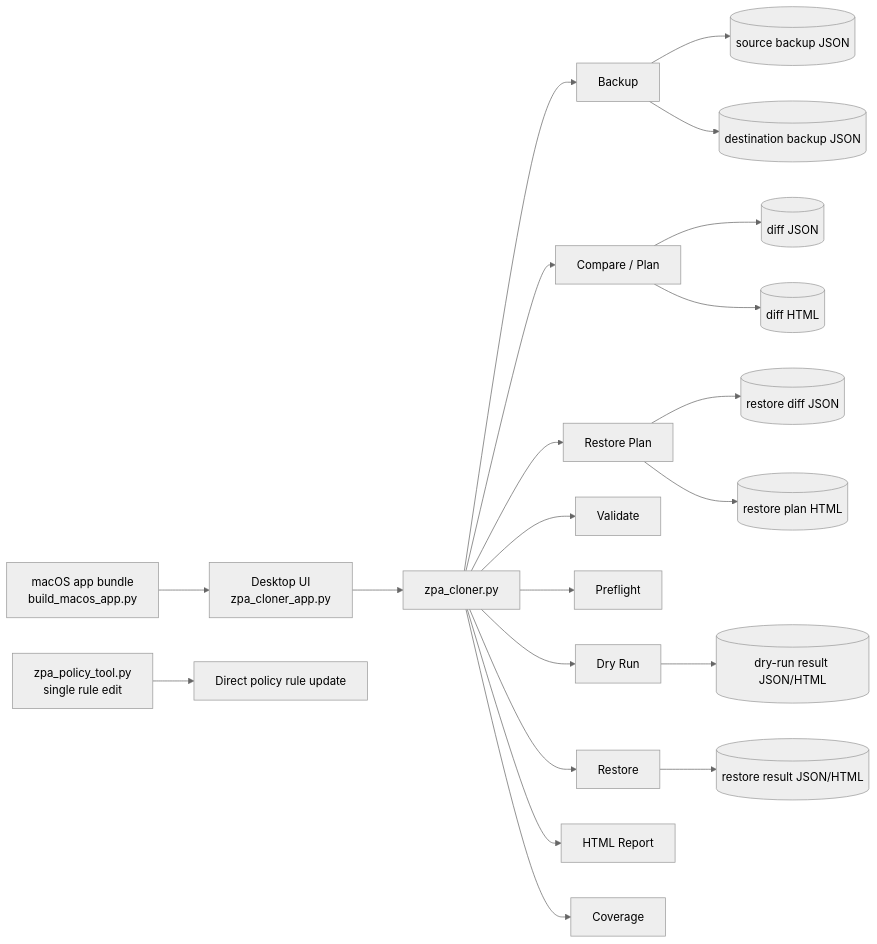
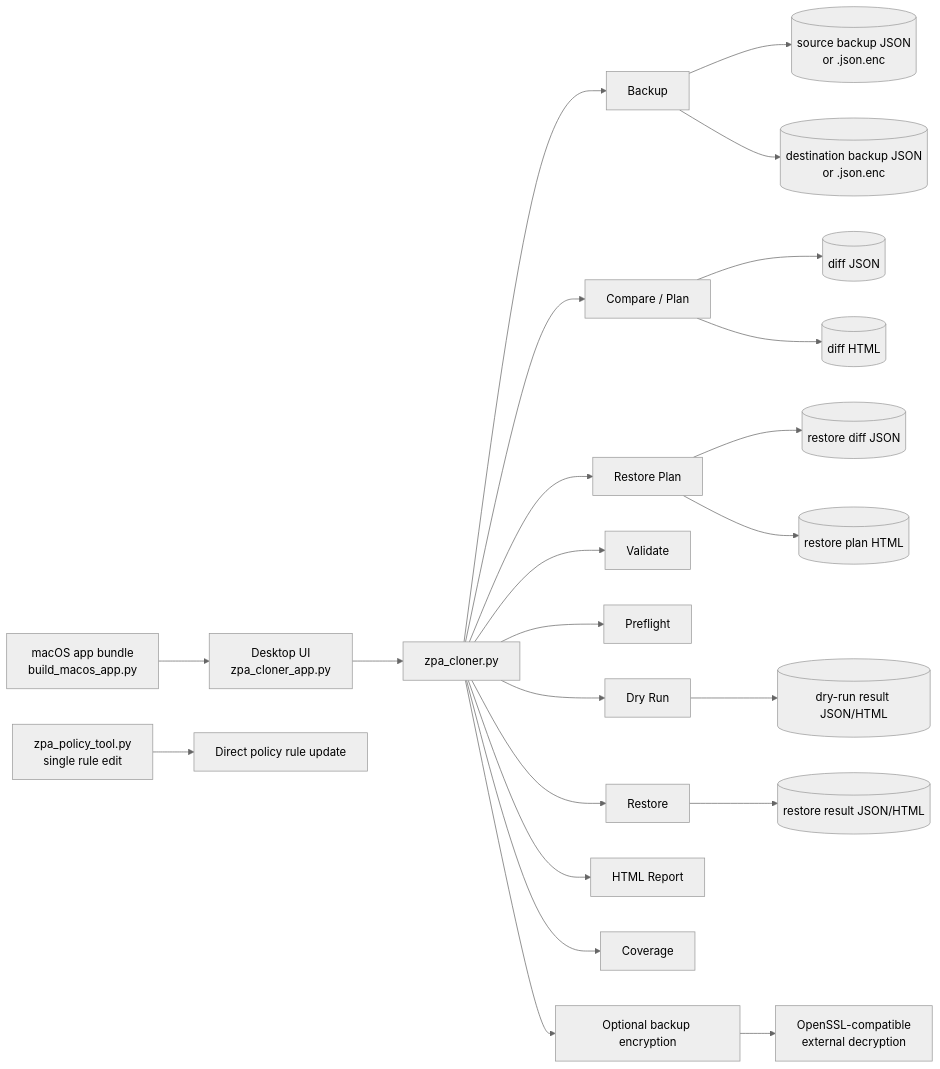
The first of 12 diagrams in docs/PROCESS.md (EggertsIT/ZPA-BackupNrestore), drawn with Mermaid (neutral theme) before and after one commit. The commit also changed other lines of this file and 1 other file, not shown here.

Commit message:
Document encrypted backup process

````diff
--- a/docs/PROCESS.md
+++ b/docs/PROCESS.md
@@ -9,26 +9,28 @@
 ```mermaid
 flowchart LR
     UI[Desktop UI<br/>zpa_cloner_app.py] --> CLI[zpa_cloner.py]
     AppBundle[macOS app bundle<br/>build_macos_app.py] --> UI
 
     CLI --> Backup[Backup]
     CLI --> Compare[Compare / Plan]
     CLI --> RestorePlan[Restore Plan]
     CLI --> Validate[Validate]
     CLI --> Preflight[Preflight]
     CLI --> DryRun[Dry Run]
     CLI --> Restore[Restore]
     CLI --> Report[HTML Report]
     CLI --> Coverage[Coverage]
+    CLI --> Encryption[Optional backup encryption]
 
     SingleRule[zpa_policy_tool.py<br/>single rule edit] --> DirectPolicyWrite[Direct policy rule update]
 
-    Backup --> SourceBackup[(source backup JSON)]
-    Backup --> DestinationBackup[(destination backup JSON)]
+    Backup --> SourceBackup[(source backup JSON<br/>or .json.enc)]
+    Backup --> DestinationBackup[(destination backup JSON<br/>or .json.enc)]
     Compare --> Diff[(diff JSON)]
     Compare --> CompareReport[(diff HTML)]
     RestorePlan --> RestoreDiff[(restore diff JSON)]
     RestorePlan --> RestoreReport[(restore plan HTML)]
     DryRun --> DryRunResult[(dry-run result JSON/HTML)]
     Restore --> RestoreResult[(restore result JSON/HTML)]
+    Encryption --> OpenSSL[OpenSSL-compatible<br/>external decryption]
 ```
````
